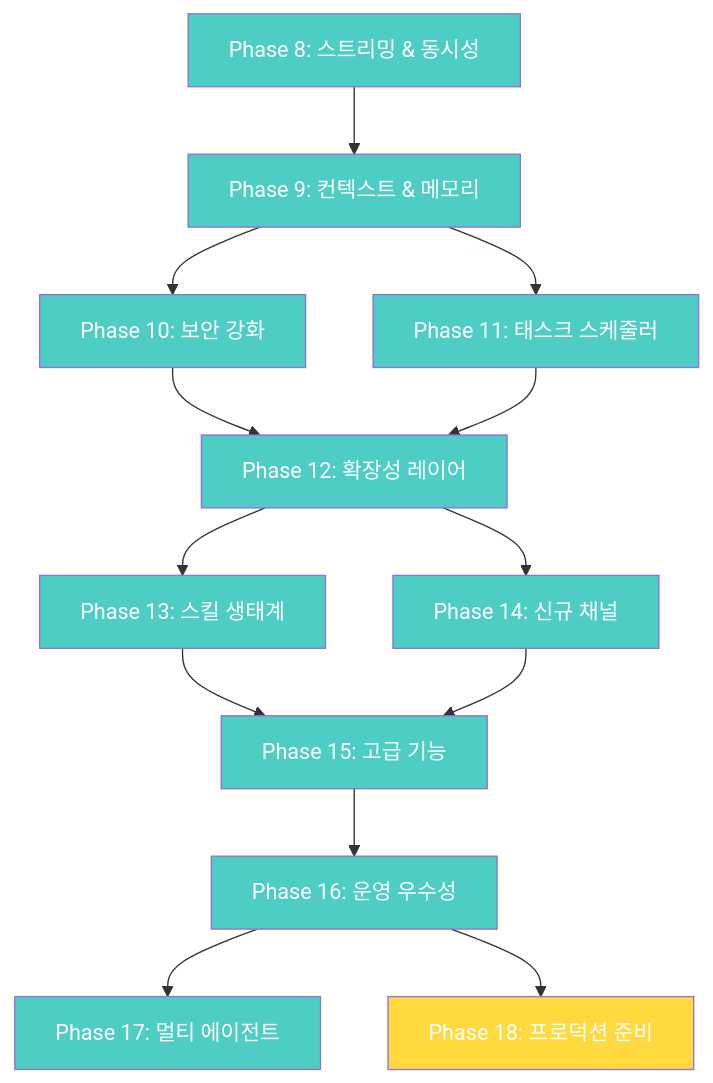
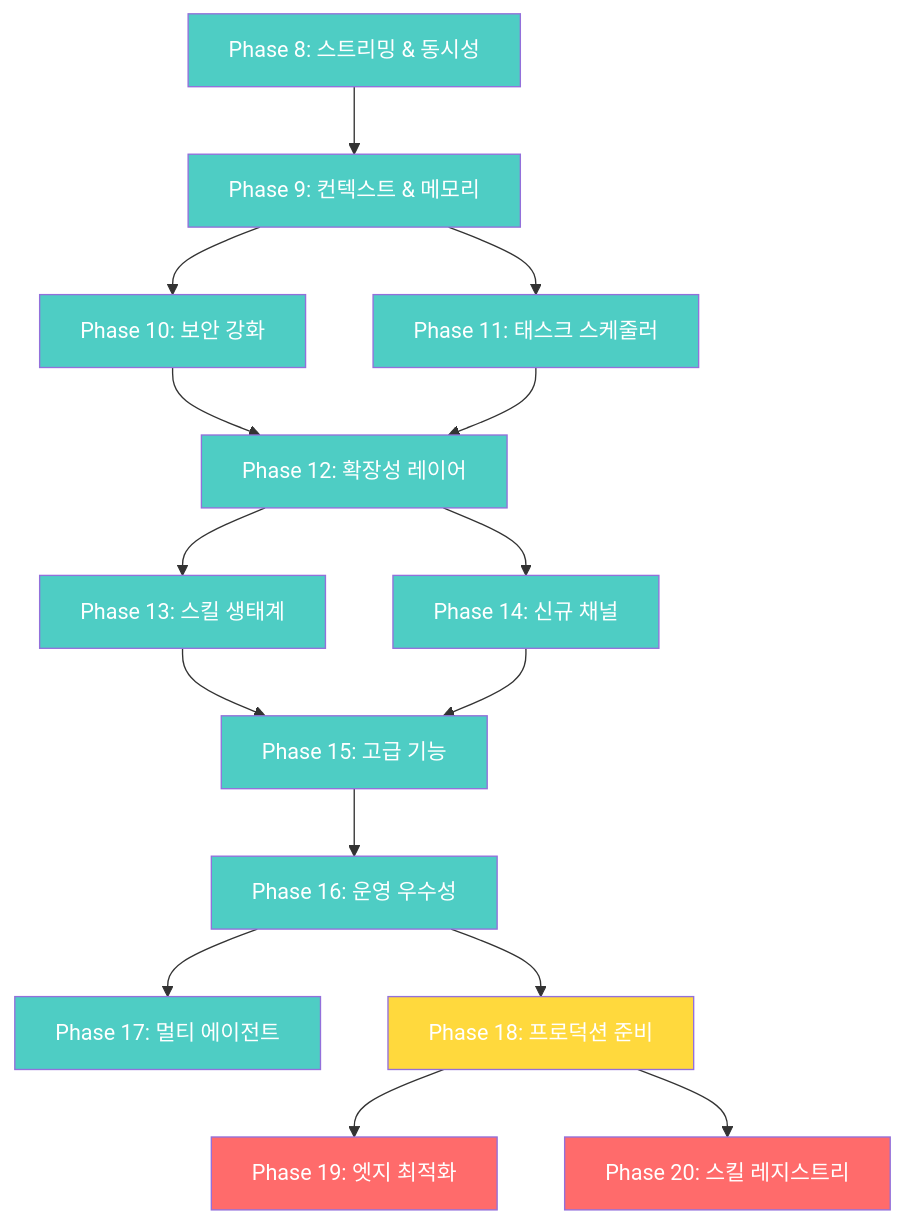
Before and after one commit to Kyoyeol-Kim/tizenclaw: the second of 2 diagrams in docs/ROADMAP_KOR.md, drawn with Mermaid. The commit also changed other lines of this file and 4 other files, not shown here.

First line of the commit message:
Add ZeroClaw comparative analysis, Phase 19-20 roadmap, and README overhaul

````diff
--- a/docs/ROADMAP_KOR.md
+++ b/docs/ROADMAP_KOR.md
@@ -738,27 +835,31 @@
 ```mermaid
 graph TD
     P8[Phase 8: 스트리밍 & 동시성] --> P9[Phase 9: 컨텍스트 & 메모리]
     P9 --> P10[Phase 10: 보안 강화]
     P9 --> P11[Phase 11: 태스크 스케줄러]
     P10 --> P12[Phase 12: 확장성 레이어]
     P11 --> P12
     P12 --> P13[Phase 13: 스킬 생태계]
     P12 --> P14[Phase 14: 신규 채널]
     P13 --> P15[Phase 15: 고급 기능]
     P14 --> P15
     P15 --> P16[Phase 16: 운영 우수성]
     P16 --> P17[Phase 17: 멀티 에이전트]
     P16 --> P18[Phase 18: 프로덕션 준비]
+    P18 --> P19[Phase 19: 엣지 최적화]
+    P18 --> P20[Phase 20: 스킬 레지스트리]
 
     style P8 fill:#4ecdc4,color:#fff
     style P9 fill:#4ecdc4,color:#fff
     style P10 fill:#4ecdc4,color:#fff
     style P11 fill:#4ecdc4,color:#fff
     style P12 fill:#4ecdc4,color:#fff
     style P13 fill:#4ecdc4,color:#fff
     style P14 fill:#4ecdc4,color:#fff
     style P15 fill:#4ecdc4,color:#fff
     style P16 fill:#4ecdc4,color:#fff
     style P17 fill:#4ecdc4,color:#fff
     style P18 fill:#ffd93d,color:#fff
+    style P19 fill:#ff6b6b,color:#fff
+    style P20 fill:#ff6b6b,color:#fff
 ```
````
